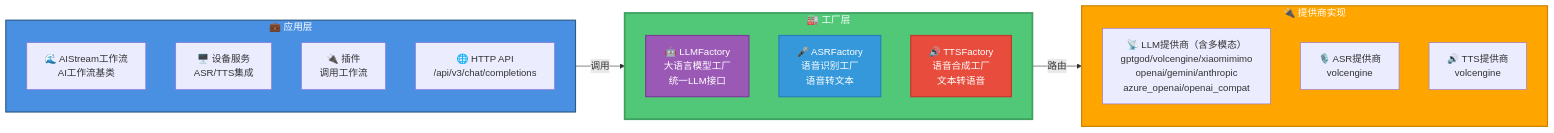
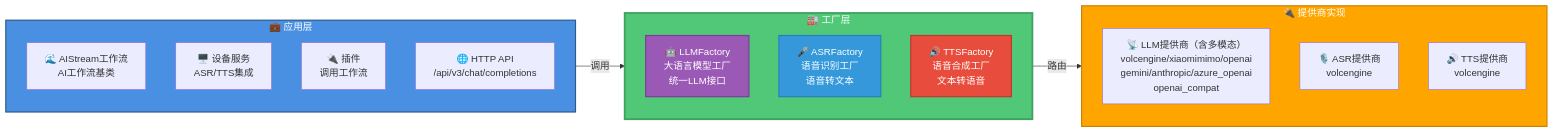
Before and after one commit to sunflowermm/XRK-AGT: the first of 2 diagrams in docs/factory.md, drawn with Mermaid. The commit also changed other lines of this file and 34 other files, not shown here.

````diff
--- a/docs/factory.md
+++ b/docs/factory.md
@@ -38,34 +38,34 @@
 ```mermaid
 flowchart LR
     subgraph App["💼 应用层"]
         direction TB
         AIStream["🌊 AIStream工作流<br/>AI工作流基类"]
         Device["🖥️ 设备服务<br/>ASR/TTS集成"]
         Plugin["🔌 插件<br/>调用工作流"]
         HTTPAPI["🌐 HTTP API<br/>/api/v3/chat/completions"]
     end
     
     subgraph Factory["🏭 工厂层"]
         direction TB
         LLMFactory["🤖 LLMFactory<br/>大语言模型工厂<br/>统一LLM接口"]
         ASRFactory["🎤 ASRFactory<br/>语音识别工厂<br/>语音转文本"]
         TTSFactory["🔊 TTSFactory<br/>语音合成工厂<br/>文本转语音"]
     end
 
     subgraph Providers["🔌 提供商实现"]
         direction TB
-        LLMProviders["📡 LLM提供商（含多模态）<br/>gptgod/volcengine/xiaomimimo<br/>openai/gemini/anthropic<br/>azure_openai/openai_compat"]
+        LLMProviders["📡 LLM提供商（含多模态）<br/>volcengine/xiaomimimo/openai<br/>gemini/anthropic/azure_openai<br/>openai_compat"]
         ASRProviders["🎙️ ASR提供商<br/>volcengine"]
         TTSProviders["🔊 TTS提供商<br/>volcengine"]
     end
     
     App -->|"调用"| Factory
     Factory -->|"路由"| Providers
     
     style App fill:#4A90E2,stroke:#2E5C8A,stroke-width:2px,color:#fff
     style Factory fill:#50C878,stroke:#3FA060,stroke-width:3px,color:#fff
     style Providers fill:#FFA500,stroke:#CC8400,stroke-width:2px,color:#fff
     style LLMFactory fill:#9B59B6,stroke:#7D3C98,stroke-width:2px,color:#fff
     style ASRFactory fill:#3498DB,stroke:#2980B9,stroke-width:2px,color:#fff
     style TTSFactory fill:#E74C3C,stroke:#C0392B,stroke-width:2px,color:#fff
 ```
````
